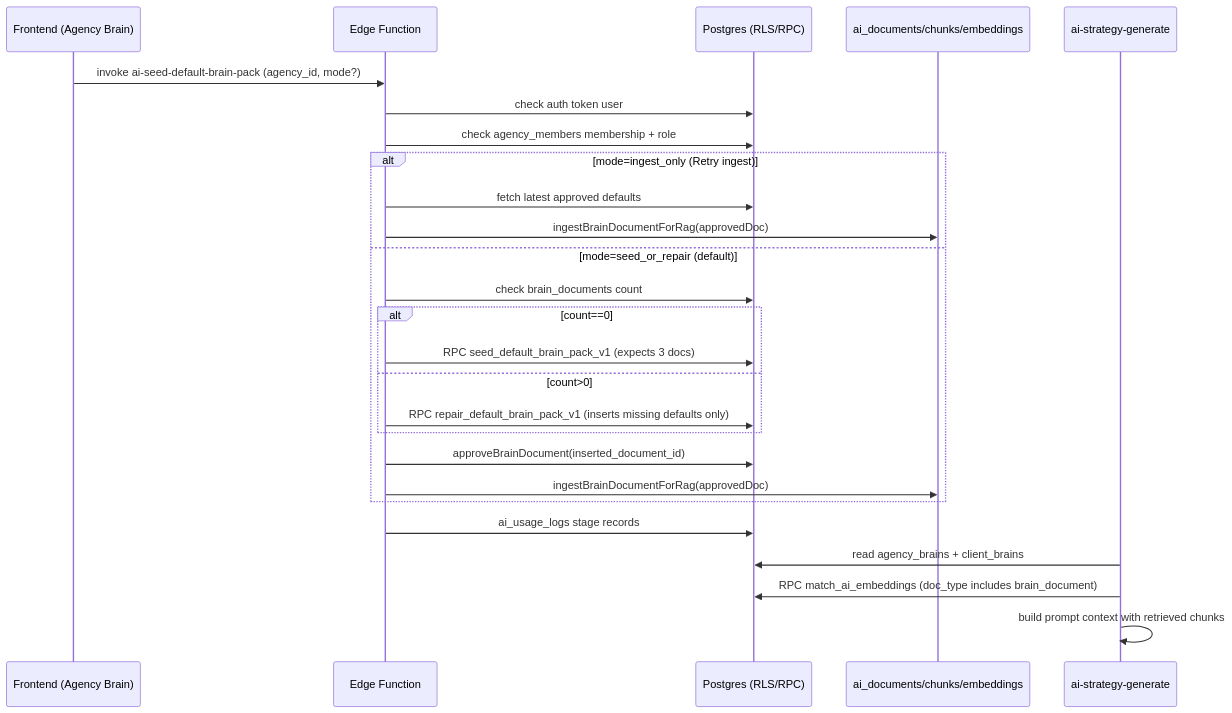
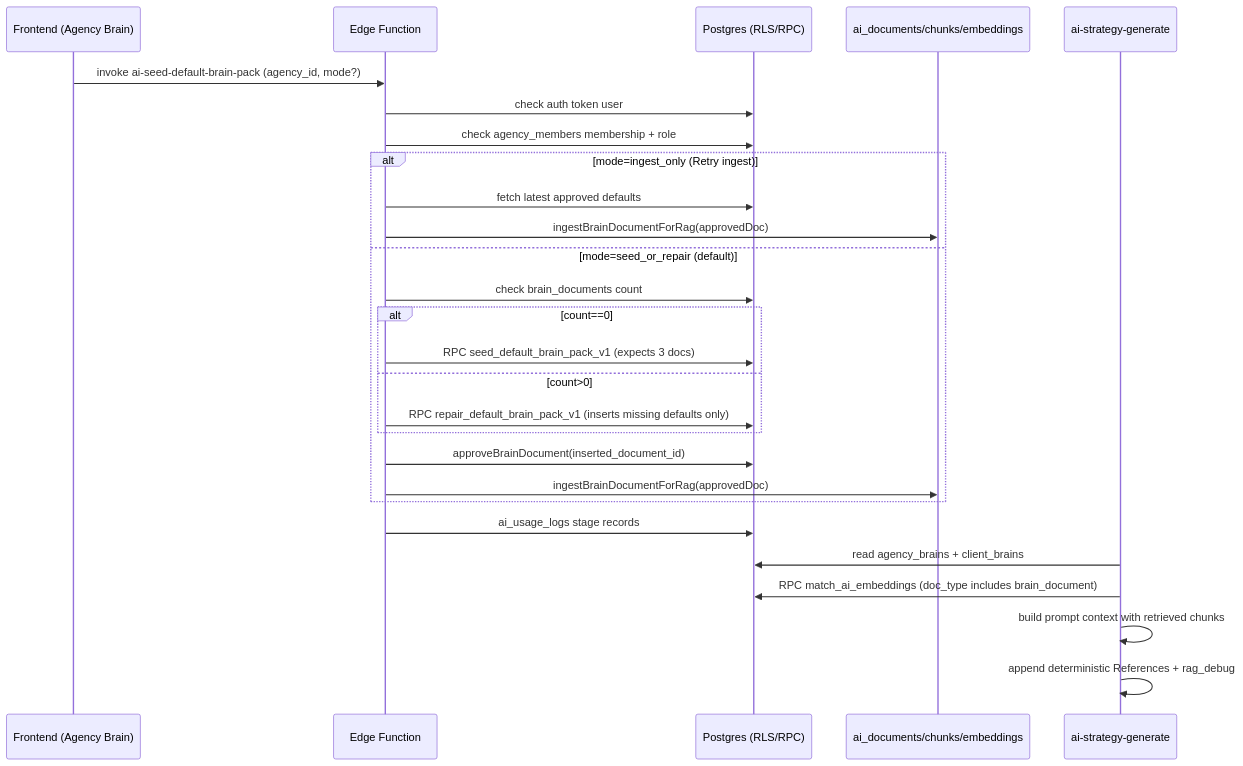
One commit to mariosdem2008/smma-hub-os changed the diagram in docs/audit/DEFAULT_BRAIN_PACK_V1_ARCHITECTURE.md. Above: the diagram before and after it, drawn with Mermaid. The commit also changed other lines of this file and 11 other files, not shown here.

Commit message:
Strategy references + rag debug; quarantine demo route

````diff
--- a/docs/audit/DEFAULT_BRAIN_PACK_V1_ARCHITECTURE.md
+++ b/docs/audit/DEFAULT_BRAIN_PACK_V1_ARCHITECTURE.md
@@ -31,29 +31,30 @@
 ```mermaid
 sequenceDiagram
   participant UI as Frontend (Agency Brain)
   participant Edge as Edge Function
   participant DB as Postgres (RLS/RPC)
   participant RAG as ai_documents/chunks/embeddings
   participant Strat as ai-strategy-generate
 
   UI->>Edge: invoke ai-seed-default-brain-pack (agency_id, mode?)
   Edge->>DB: check auth token user
   Edge->>DB: check agency_members membership + role
   alt mode=ingest_only (Retry ingest)
     Edge->>DB: fetch latest approved defaults
     Edge->>RAG: ingestBrainDocumentForRag(approvedDoc)
   else mode=seed_or_repair (default)
     Edge->>DB: check brain_documents count
     alt count==0
       Edge->>DB: RPC seed_default_brain_pack_v1 (expects 3 docs)
     else count>0
       Edge->>DB: RPC repair_default_brain_pack_v1 (inserts missing defaults only)
     end
     Edge->>DB: approveBrainDocument(inserted_document_id)
     Edge->>RAG: ingestBrainDocumentForRag(approvedDoc)
   end
   Edge->>DB: ai_usage_logs stage records
   Strat->>DB: read agency_brains + client_brains
   Strat->>DB: RPC match_ai_embeddings (doc_type includes brain_document)
   Strat->>Strat: build prompt context with retrieved chunks
+  Strat->>Strat: append deterministic References + rag_debug
 ```
````
